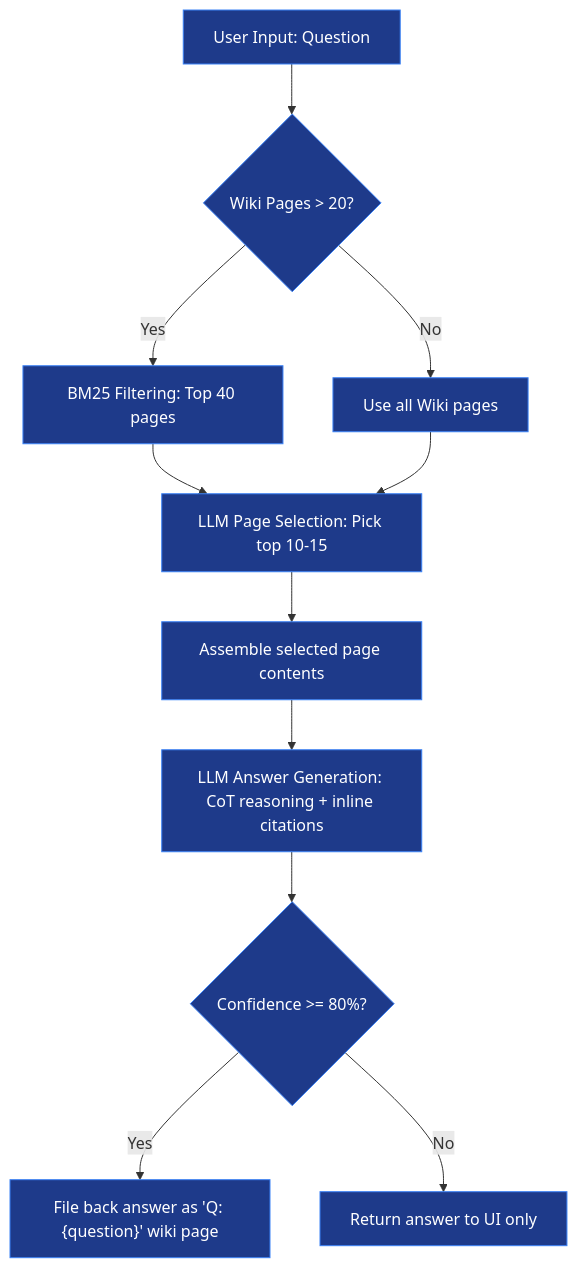
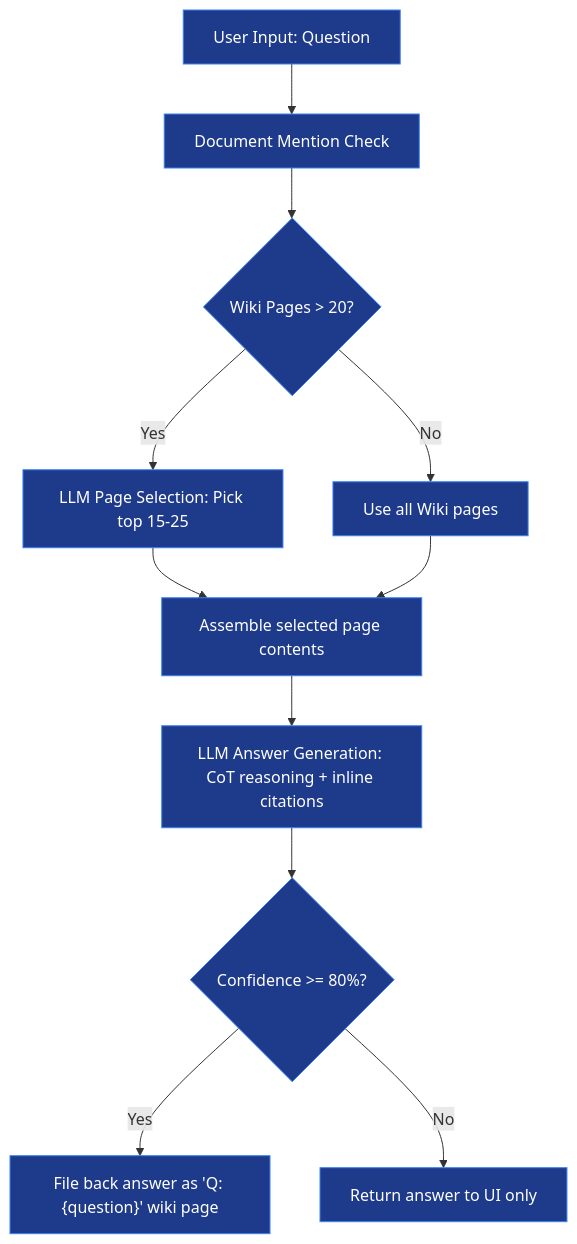
The fourth of 7 diagrams in SYSTEM_OVERVIEW.md (rhealaloo45/Legal-Wiki-RAG), drawn with Mermaid before and after one commit. The commit also changed other lines of this file and 9 other files, not shown here.

````diff
--- a/SYSTEM_OVERVIEW.md
+++ b/SYSTEM_OVERVIEW.md
@@ -142,17 +142,17 @@
 ```mermaid
 flowchart TD
     classDef ask fill:#1e3a8a,stroke:#3b82f6,color:#fff
 
-    A["User Input: Question"] --> B{"Wiki Pages > 20?"}
-    B -->|Yes| C["BM25 Filtering: Top 40 pages"]
+    A["User Input: Question"] --> A1["Document Mention Check"]
+    A1 --> B{"Wiki Pages > 20?"}
+    B -->|Yes| E["LLM Page Selection: Pick top 15-25"]
     B -->|No| D["Use all Wiki pages"]
-    C --> E["LLM Page Selection: Pick top 10-15"]
-    D --> E
     E --> F["Assemble selected page contents"]
+    D --> F
     F --> G["LLM Answer Generation: CoT reasoning + inline citations"]
     G --> H{"Confidence >= 80%?"}
     H -->|Yes| I["File back answer as 'Q: {question}' wiki page"]
     H -->|No| J["Return answer to UI only"]
 
-    class A,B,C,D,E,F,G,H,I,J ask
+    class A,A1,B,D,E,F,G,H,I,J ask
 ```
````
